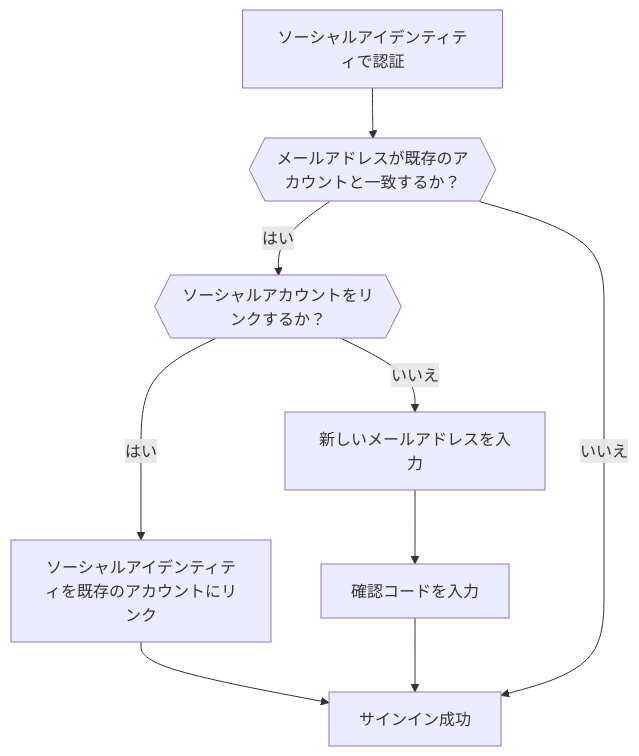
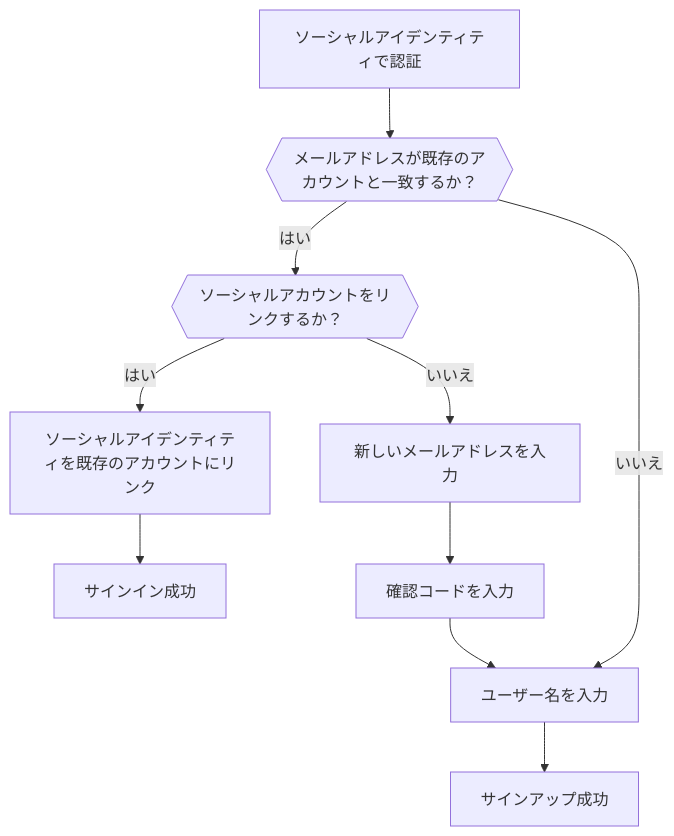
Before and after one commit to logto-io/docs: the sixth of 6 diagrams in i18n/ja/docusaurus-plugin-content-docs/current/end-user-flows/sign-up-and-sign-in/social-sign-in.mdx, drawn with Mermaid. The commit also changed other lines of this file and 407 other files, not shown here.

````diff
--- a/i18n/ja/docusaurus-plugin-content-docs/current/end-user-flows/sign-up-and-sign-in/social-sign-in.mdx
+++ b/i18n/ja/docusaurus-plugin-content-docs/current/end-user-flows/sign-up-and-sign-in/social-sign-in.mdx
@@ -159,11 +159,12 @@
    ```mermaid
       flowchart TD
        A[ソーシャルアイデンティティで認証] --> B{{メールアドレスが既存のアカウントと一致するか？}}
        B -- はい --> C{{ソーシャルアカウントをリンクするか？}}
        C -- はい --> D[ソーシャルアイデンティティを既存のアカウントにリンク]
        D --> E[サインイン成功]
        C -- いいえ --> F[新しいメールアドレスを入力]
        F --> G[確認コードを入力]
-       G --> E
-       B -- いいえ --> E
+       G --> H[ユーザー名を入力]
+       H --> I[サインアップ成功]
+       B -- いいえ --> H
    ```
````
